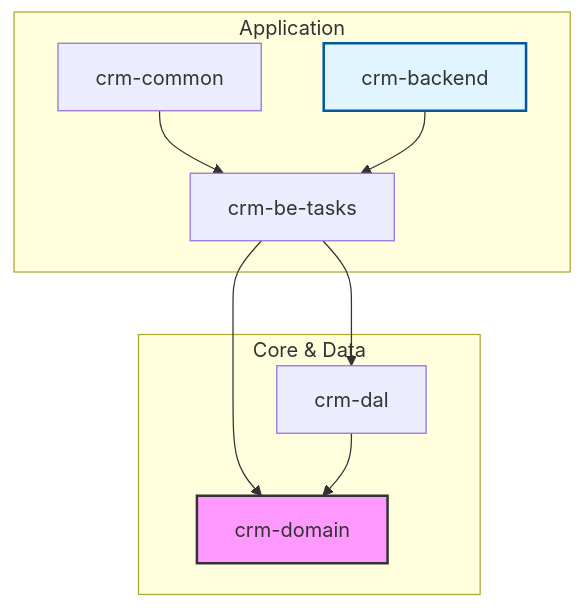
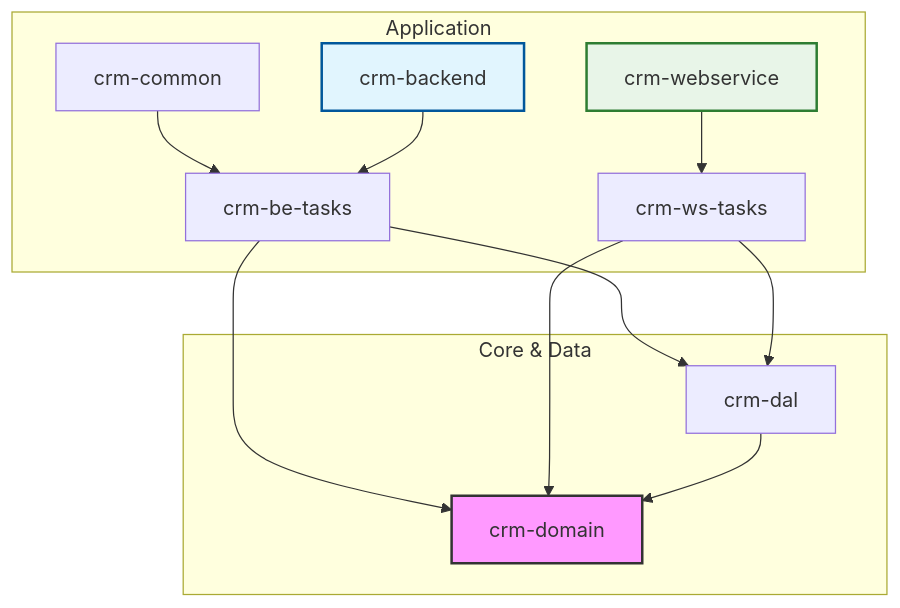
The diagram in README.md (iwozere/crm-1), drawn with Mermaid before and after one commit. The commit also changed other lines of this file and 13 other files, not shown here.

````diff
--- a/README.md
+++ b/README.md
@@ -51,16 +63,20 @@
 ```mermaid
 graph TD
     subgraph "Application"
         Service[crm-common] --> Tasks[crm-be-tasks]
         Backend[crm-backend] --> Tasks
+        WebService[crm-webservice] --> WSTasks[crm-ws-tasks]
     end
 
     subgraph "Core & Data"
         Tasks --> Domain[crm-domain]
         Tasks --> DAL[crm-dal]
+        WSTasks --> Domain
+        WSTasks --> DAL
         DAL --> Domain
     end
 
     style Domain fill:#f9f,stroke:#333,stroke-width:2px
     style Backend fill:#e1f5fe,stroke:#01579b,stroke-width:2px
+    style WebService fill:#e8f5e8,stroke:#2e7d32,stroke-width:2px
 ```
````
